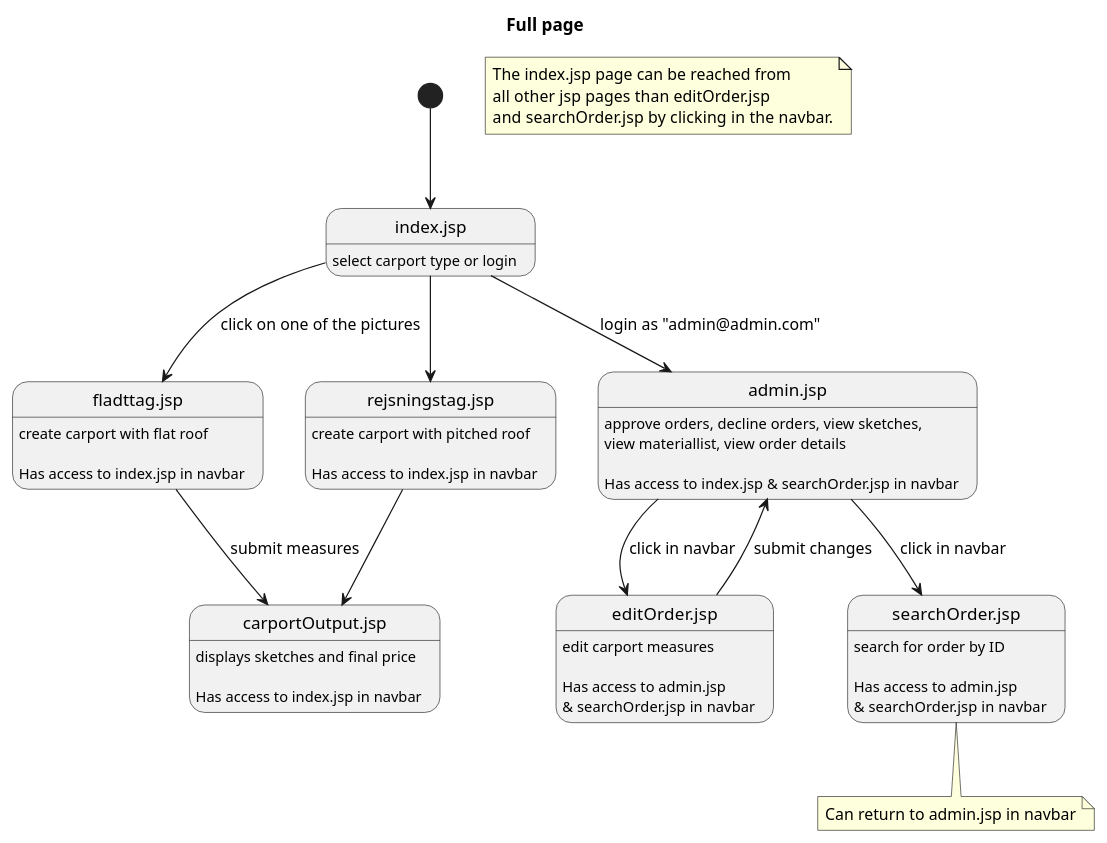
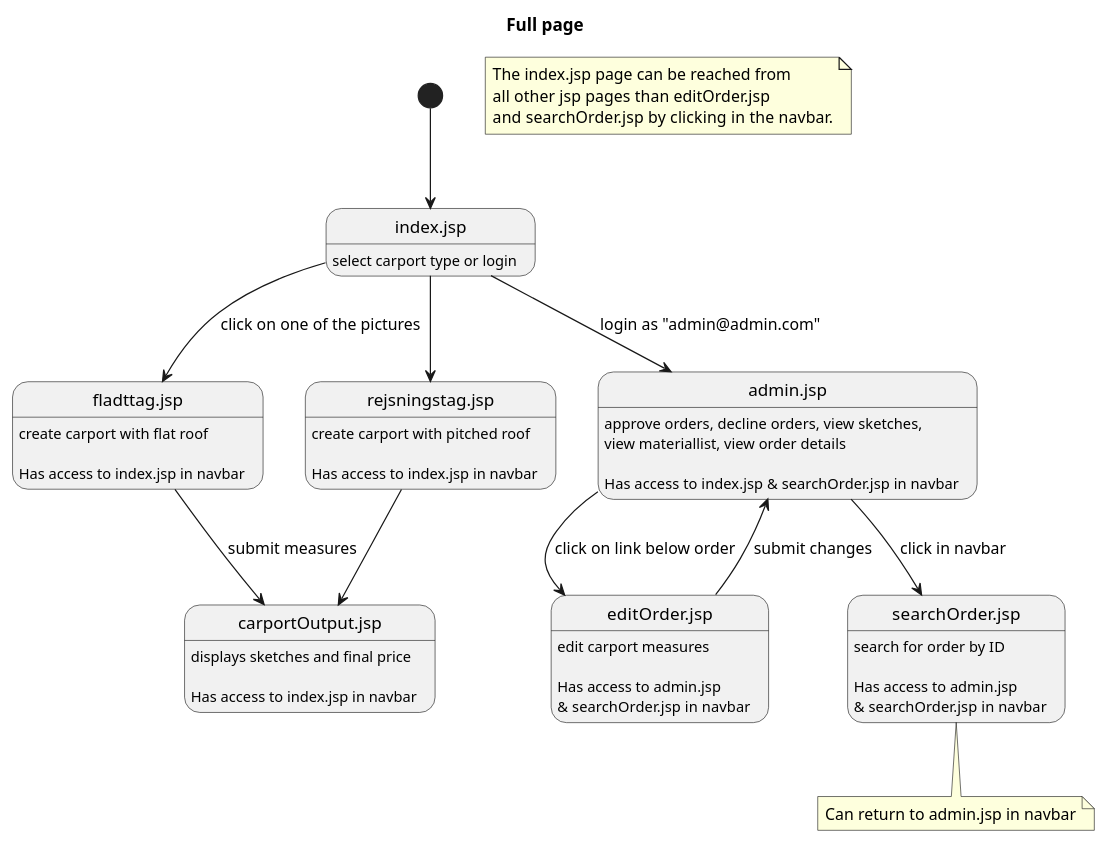
Before and after one commit to UtilExe/Carport: the diagram in data/FullPageNav.puml, drawn with PlantUML.

Commit message:
FullPageNav rettet til ved click in navbar til edirOrder.jsp

```diff
--- a/data/FullPageNav.puml
+++ b/data/FullPageNav.puml
@@ -1,47 +1,47 @@
 @startuml
 
 Title Full page
 State StartPage
 
 [*] --> StartPage
 
 StartPage --> FlatPage : click on one of the pictures
 StartPage --> PitchPage
 
 FlatPage --> OutputPage : submit measures
 PitchPage --> OutputPage
 
 StartPage --> AdminPage : login as "admin@admin.com"
 
-AdminPage --> EditPage : click in navbar
+AdminPage --> EditPage : click on link below order
 AdminPage --> SearchPage : click in navbar
 
 EditPage --> AdminPage : submit changes
 
 note "The index.jsp page can be reached from \nall other jsp pages than editOrder.jsp \nand searchOrder.jsp by clicking in the navbar." as indexInfo
 
 note bottom of SearchPage : Can return to admin.jsp in navbar
 
 StartPage : select carport type or login
 FlatPage : create carport with flat roof
 FlatPage : \nHas access to index.jsp in navbar
 PitchPage : create carport with pitched roof
 PitchPage : \nHas access to index.jsp in navbar
 OutputPage : displays sketches and final price
 OutputPage : \nHas access to index.jsp in navbar
 AdminPage : approve orders, decline orders, view sketches, \nview materiallist, view order details
 AdminPage : \nHas access to index.jsp & searchOrder.jsp in navbar
 EditPage : edit carport measures
 EditPage : \nHas access to admin.jsp \n& searchOrder.jsp in navbar
 SearchPage : search for order by ID
 SearchPage : \nHas access to admin.jsp \n& searchOrder.jsp in navbar
 
 state "index.jsp" as StartPage
 state "fladttag.jsp" as FlatPage
 state "rejsningstag.jsp" as PitchPage
 state "admin.jsp" as AdminPage
 state "editOrder.jsp" as EditPage
 state "searchOrder.jsp" as SearchPage
 state "carportOutput.jsp" as OutputPage
 
 @enduml
```
